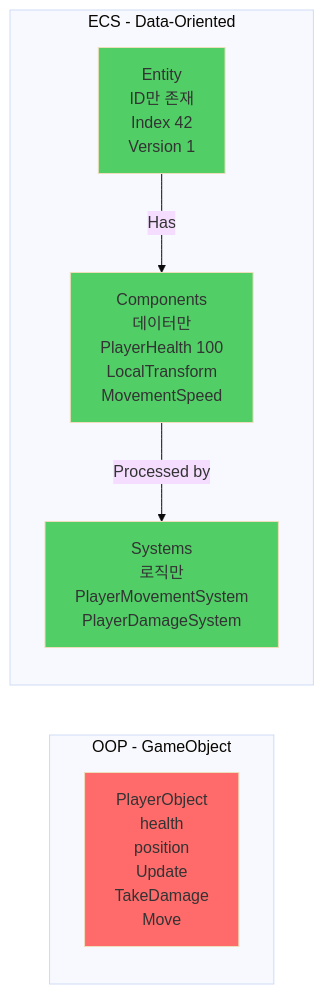
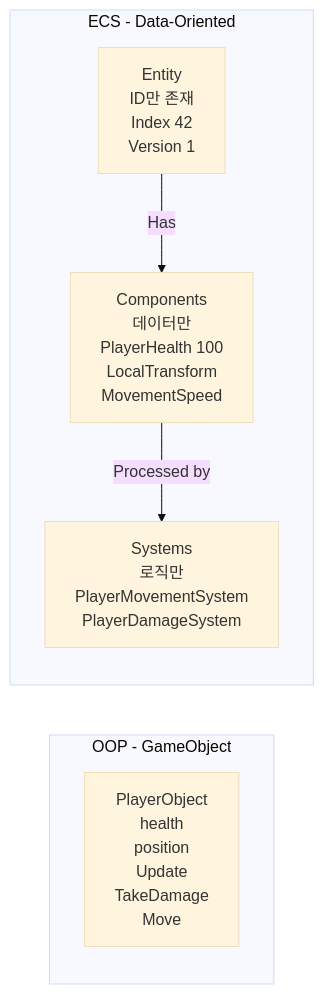
Before and after one commit to lmo0317/projectc: the first of 8 diagrams in README.md, drawn with Mermaid (base theme). The commit also changed other lines of this file, not shown here.

````diff
--- a/README.md
+++ b/README.md
@@ -87,19 +87,14 @@
 ```mermaid
 flowchart LR
     subgraph OOP["OOP - GameObject"]
         A["PlayerObject<br/>health<br/>position<br/>Update<br/>TakeDamage<br/>Move"]
     end
 
     subgraph ECS["ECS - Data-Oriented"]
         B["Entity<br/>ID만 존재<br/>Index 42<br/>Version 1"]
         C["Components<br/>데이터만<br/>PlayerHealth 100<br/>LocalTransform<br/>MovementSpeed"]
         D["Systems<br/>로직만<br/>PlayerMovementSystem<br/>PlayerDamageSystem"]
         B -->|Has| C
         C -->|Processed by| D
     end
-
-    style A fill:#ff6b6b
-    style B fill:#51cf66
-    style C fill:#51cf66
-    style D fill:#51cf66
 ```
````
